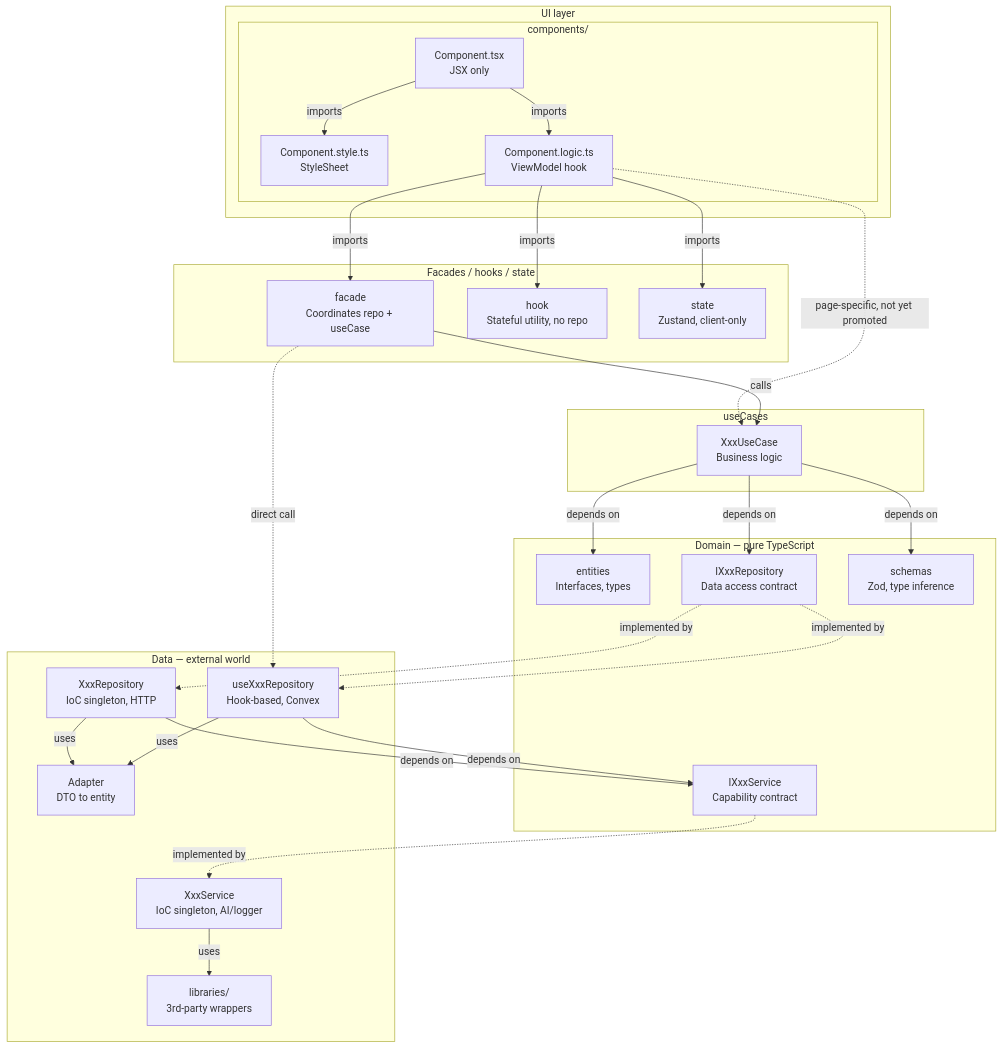
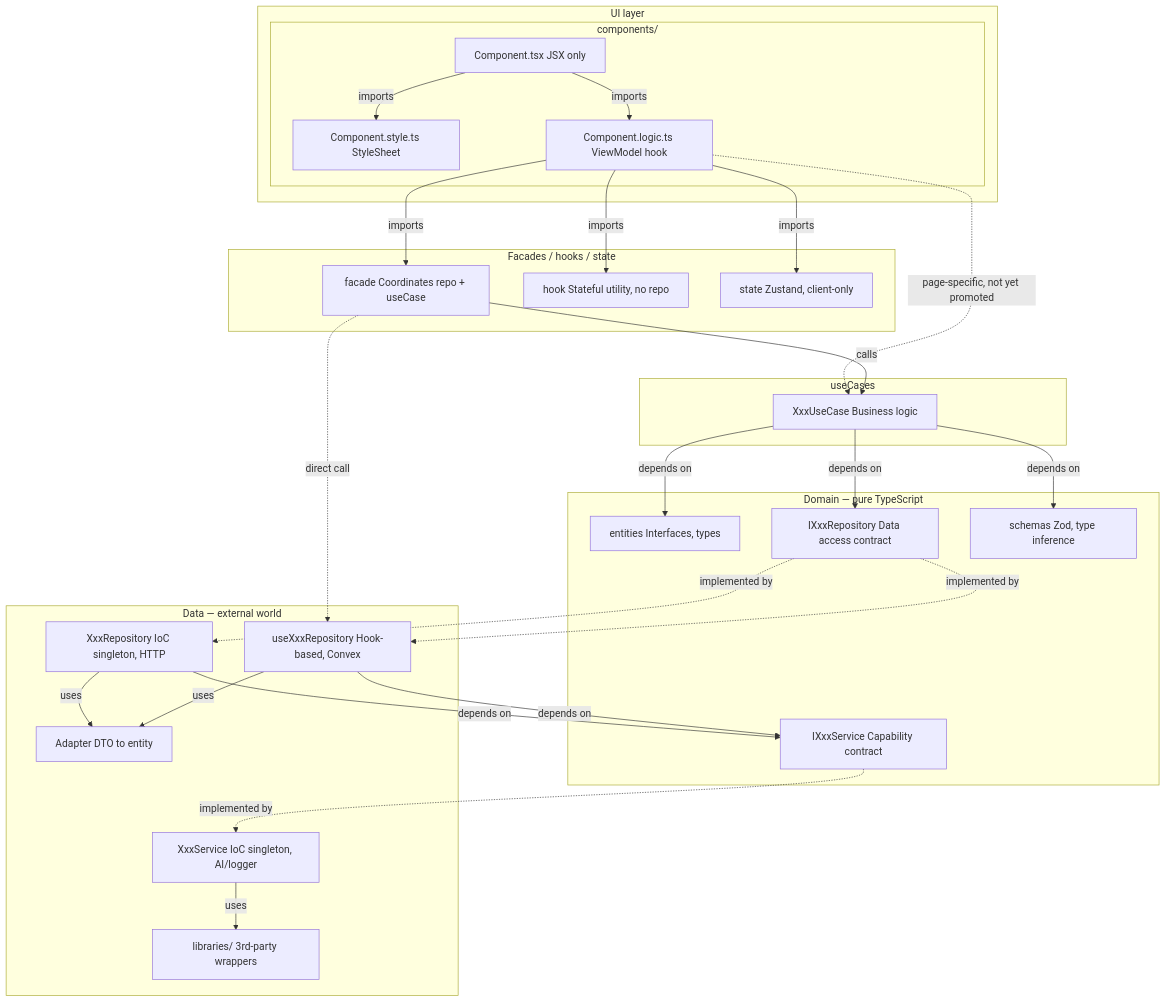
The diagram in wiki/docs/diagrams/architecture.mermaid (timothyrusso/HolidAI), drawn with Mermaid before and after one commit.

Commit message:
feat(266): update docs v6

```diff
--- a/wiki/docs/diagrams/architecture.mermaid
+++ b/wiki/docs/diagrams/architecture.mermaid
@@ -1,58 +1,58 @@
 flowchart TD
     subgraph UI["UI layer"]
         subgraph Components["components/"]
-            CT["Component.tsx\nJSX only"]
-            CST["Component.style.ts\nStyleSheet"]
-            CLT["Component.logic.ts\nViewModel hook"]
+            CT["Component.tsx JSX only"]
+            CST["Component.style.ts StyleSheet"]
+            CLT["Component.logic.ts ViewModel hook"]
             CT -->|"imports"| CST
             CT -->|"imports"| CLT
         end
     end
 
     subgraph FHS["Facades / hooks / state"]
-        FAC["facade\nCoordinates repo + useCase"]
-        HOK["hook\nStateful utility, no repo"]
-        STA["state\nZustand, client-only"]
+        FAC["facade Coordinates repo + useCase"]
+        HOK["hook Stateful utility, no repo"]
+        STA["state Zustand, client-only"]
     end
 
     subgraph UC["useCases"]
-        USE["XxxUseCase\nBusiness logic"]
+        USE["XxxUseCase Business logic"]
     end
 
     subgraph DOM["Domain — pure TypeScript"]
-        ENT["entities\nInterfaces, types"]
-        IREP["IXxxRepository\nData access contract"]
-        ISVC["IXxxService\nCapability contract"]
-        SCH["schemas\nZod, type inference"]
+        ENT["entities Interfaces, types"]
+        IREP["IXxxRepository Data access contract"]
+        ISVC["IXxxService Capability contract"]
+        SCH["schemas Zod, type inference"]
     end
 
     subgraph DAT["Data — external world"]
-        HREP["useXxxRepository\nHook-based, Convex"]
-        CREP["XxxRepository\nIoC singleton, HTTP"]
-        ADA["Adapter\nDTO to entity"]
-        SVC["XxxService\nIoC singleton, AI/logger"]
-        LIB["libraries/\n3rd-party wrappers"]
+        HREP["useXxxRepository Hook-based, Convex"]
+        CREP["XxxRepository IoC singleton, HTTP"]
+        ADA["Adapter DTO to entity"]
+        SVC["XxxService IoC singleton, AI/logger"]
+        LIB["libraries/ 3rd-party wrappers"]
     end
 
     CLT -->|"imports"| FAC
     CLT -->|"imports"| HOK
     CLT -->|"imports"| STA
     CLT -.->|"page-specific, not yet promoted"| USE
 
     FAC -->|"calls"| USE
     FAC -.->|"direct call"| HREP
 
     USE -->|"depends on"| ENT
     USE -->|"depends on"| IREP
     USE -->|"depends on"| SCH
 
     IREP -.->|"implemented by"| HREP
     IREP -.->|"implemented by"| CREP
 
     CREP -->|"depends on"| ISVC
     HREP -->|"depends on"| ISVC
     ISVC -.->|"implemented by"| SVC
 
     CREP -->|"uses"| ADA
     HREP -->|"uses"| ADA
     SVC -->|"uses"| LIB
```
